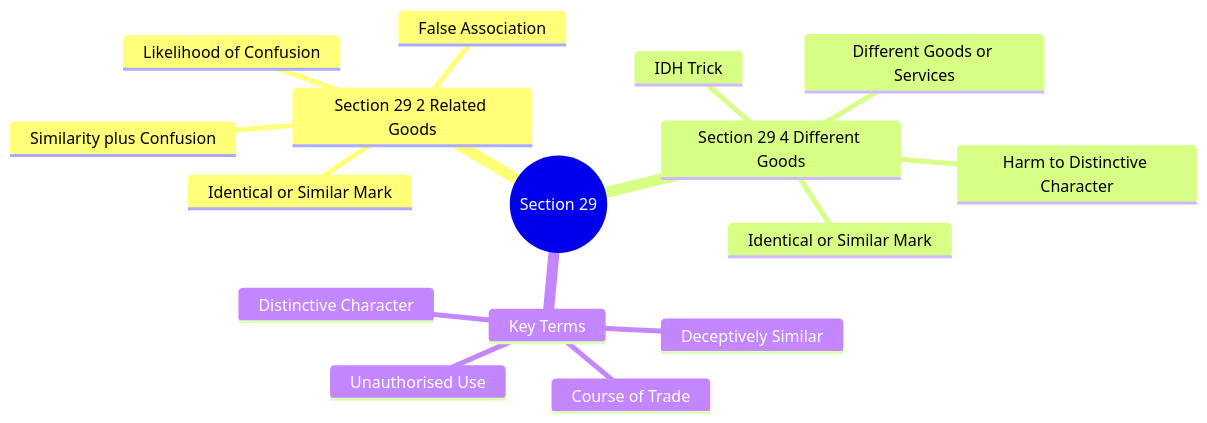
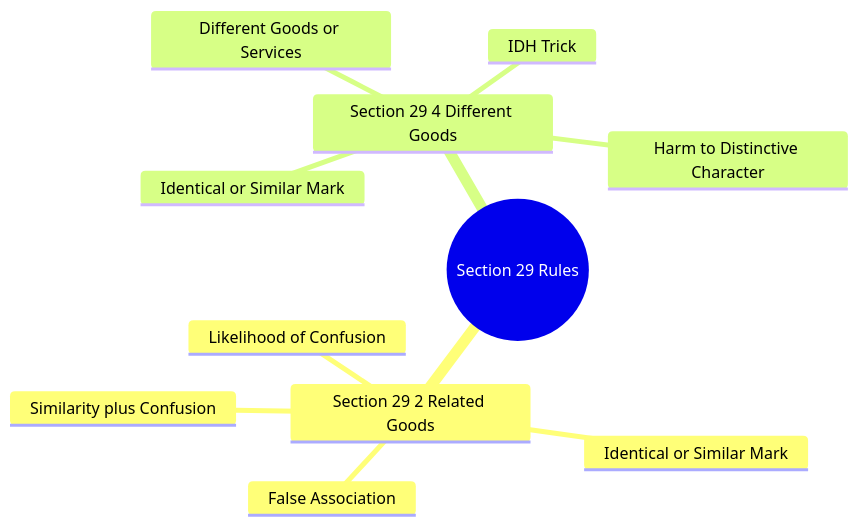
Before and after one commit to Aryns293/IPR: the tenth of 11 diagrams in 12_Infringement_of_Trademarks_and_Action_Against_Infringement.md, drawn with Mermaid. The commit also changed other lines of this file, not shown here.

Commit message:
Refine mindmaps in Chapter 12 to fit screen better

````diff
--- a/12_Infringement_of_Trademarks_and_Action_Against_Infringement.md
+++ b/12_Infringement_of_Trademarks_and_Action_Against_Infringement.md
@@ -282,19 +288,14 @@
 ```mermaid
 mindmap
-  root((Section 29))
+  root((Section 29 Rules))
     Section 29 2 Related Goods
       Identical or Similar Mark
       Likelihood of Confusion
       False Association
       Similarity plus Confusion
     Section 29 4 Different Goods
       Identical or Similar Mark
       Different Goods or Services
       Harm to Distinctive Character
       IDH Trick
-    Key Terms
-      Deceptively Similar
-      Unauthorised Use
-      Course of Trade
-      Distinctive Character
 ```
````
